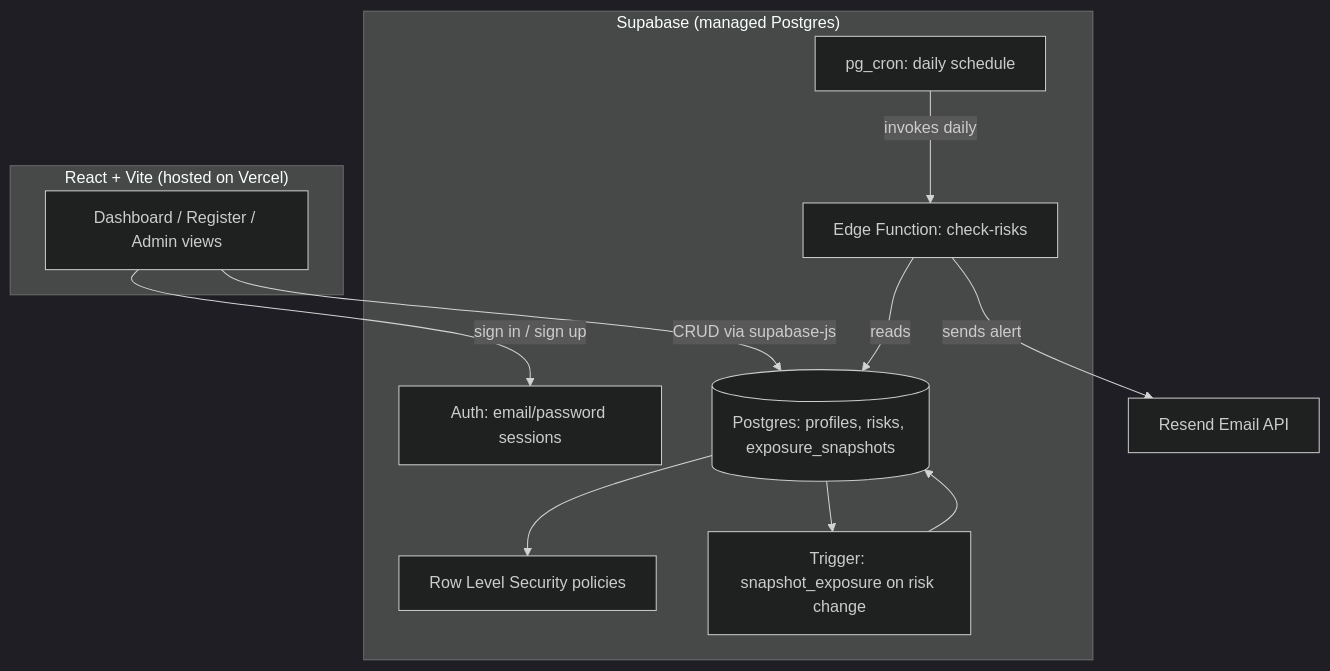
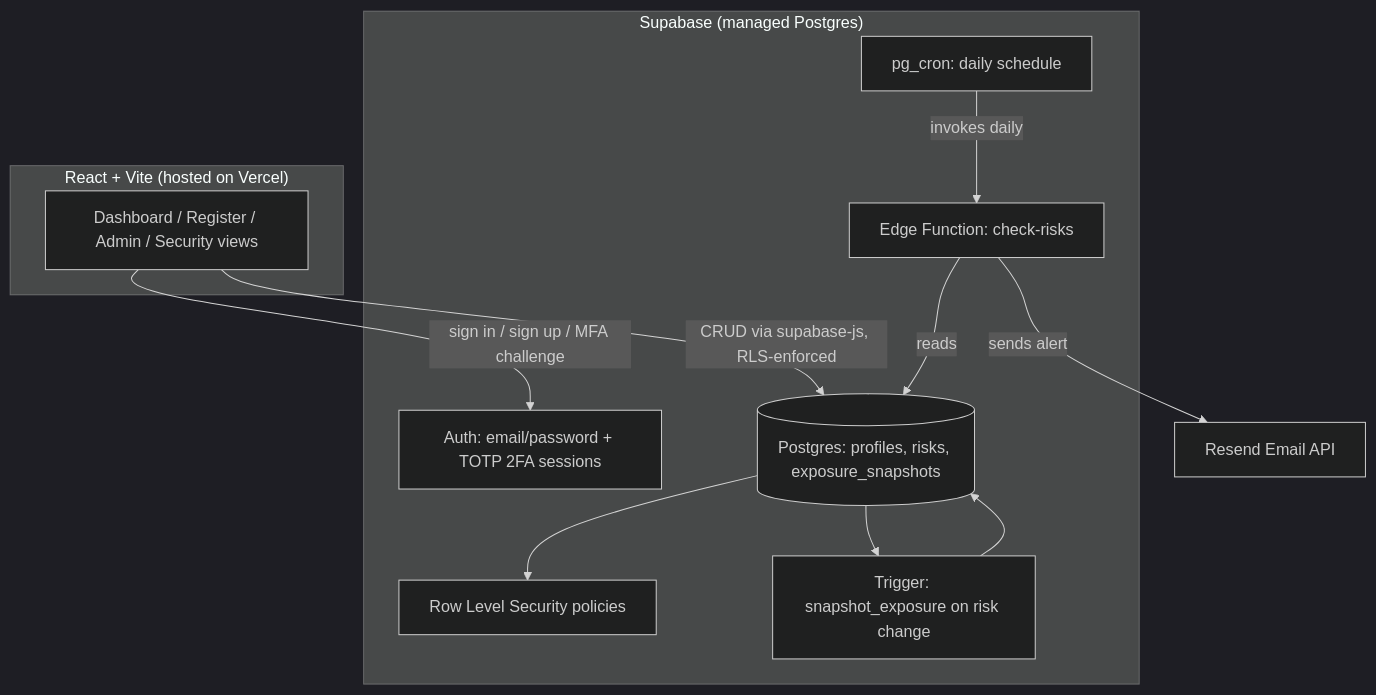
Before and after one commit to Kunal-svg-cyber/erm-dashboard: the diagram in README.md, drawn with Mermaid (dark theme). The commit also changed other lines of this file, not shown here.

````diff
--- a/README.md
+++ b/README.md
@@ -19,26 +37,26 @@
 ```mermaid
 flowchart TD
     subgraph Client["React + Vite (hosted on Vercel)"]
-        UI[Dashboard / Register / Admin views]
+        UI[Dashboard / Register / Admin / Security views]
     end
 
     subgraph Supabase["Supabase (managed Postgres)"]
-        Auth[Auth: email/password sessions]
+        Auth[Auth: email/password + TOTP 2FA sessions]
         DB[(Postgres: profiles, risks, exposure_snapshots)]
         RLS[Row Level Security policies]
         Trigger[Trigger: snapshot_exposure on risk change]
         EdgeFn[Edge Function: check-risks]
         Cron[pg_cron: daily schedule]
     end
 
     Resend[Resend Email API]
 
-    UI -->|sign in / sign up| Auth
-    UI -->|CRUD via supabase-js| DB
+    UI -->|sign in / sign up / MFA challenge| Auth
+    UI -->|CRUD via supabase-js, RLS-enforced| DB
     DB --> RLS
     DB --> Trigger
     Trigger --> DB
     Cron -->|invokes daily| EdgeFn
     EdgeFn -->|reads| DB
     EdgeFn -->|sends alert| Resend
 ```
````
